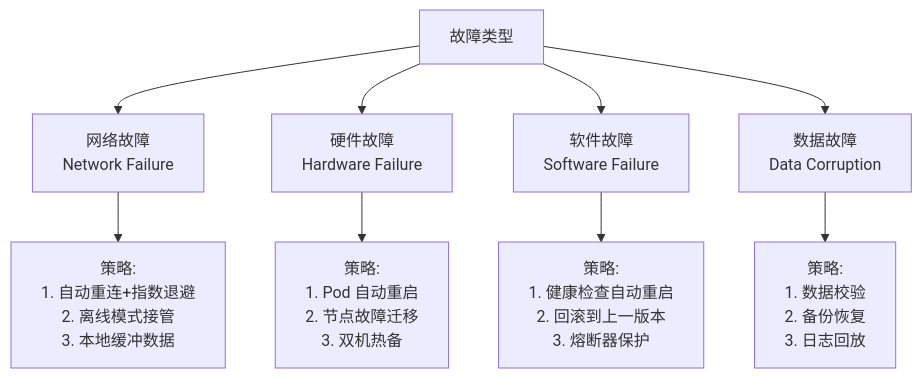
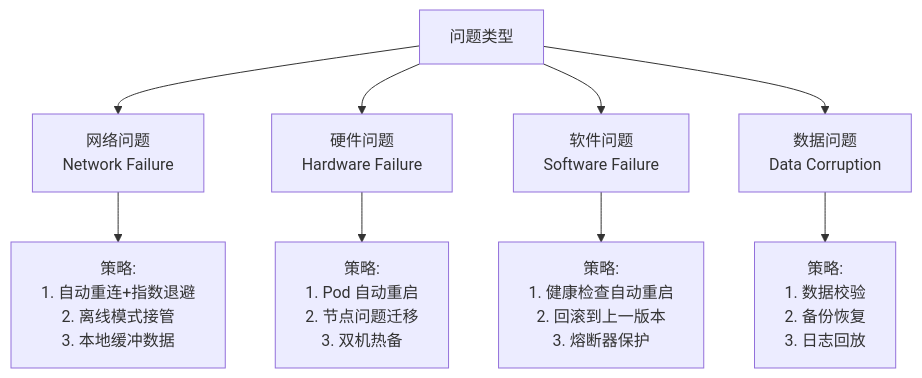
One commit to kudig-io/kudig-database changed diagram 19 of 19 in domain-15-specialized-tech/01-edge-computing/02-cloud-edge-collaboration.md. Above: the diagram before and after it, drawn with Mermaid. The commit also changed other lines of this file and 1236 other files, not shown here.

````diff
--- a/domain-15-specialized-tech/01-edge-computing/02-cloud-edge-collaboration.md
+++ b/domain-15-specialized-tech/01-edge-computing/02-cloud-edge-collaboration.md
@@ -1843,14 +1843,14 @@
 ```mermaid
 graph TD
-    Failure[故障类型]
+    Failure[问题类型]
     
-    Failure --> NF[网络故障<br/>Network Failure]
-    Failure --> HF[硬件故障<br/>Hardware Failure]
-    Failure --> SF[软件故障<br/>Software Failure]
-    Failure --> DF[数据故障<br/>Data Corruption]
+    Failure --> NF[网络问题<br/>Network Failure]
+    Failure --> HF[硬件问题<br/>Hardware Failure]
+    Failure --> SF[软件问题<br/>Software Failure]
+    Failure --> DF[数据问题<br/>Data Corruption]
     
     NF --> NF_Strategy[策略:\n1. 自动重连+指数退避\n2. 离线模式接管\n3. 本地缓冲数据]
-    HF --> HF_Strategy[策略:\n1. Pod 自动重启\n2. 节点故障迁移\n3. 双机热备]
+    HF --> HF_Strategy[策略:\n1. Pod 自动重启\n2. 节点问题迁移\n3. 双机热备]
     SF --> SF_Strategy[策略:\n1. 健康检查自动重启\n2. 回滚到上一版本\n3. 熔断器保护]
     DF --> DF_Strategy[策略:\n1. 数据校验\n2. 备份恢复\n3. 日志回放]
 ```
````
